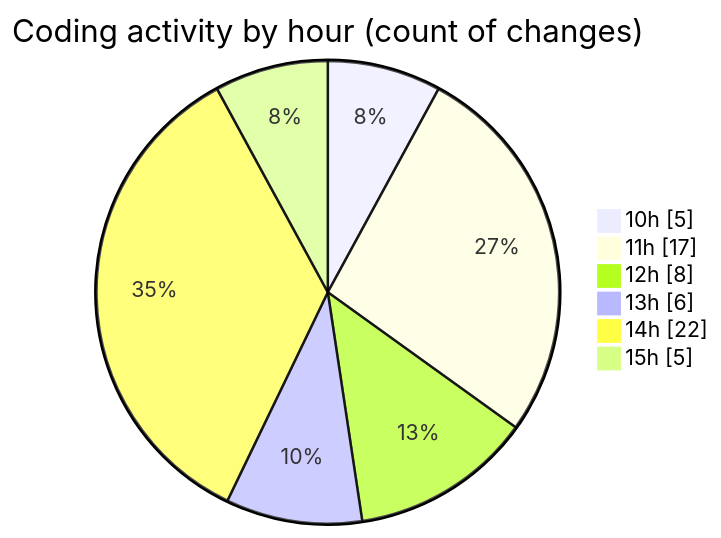
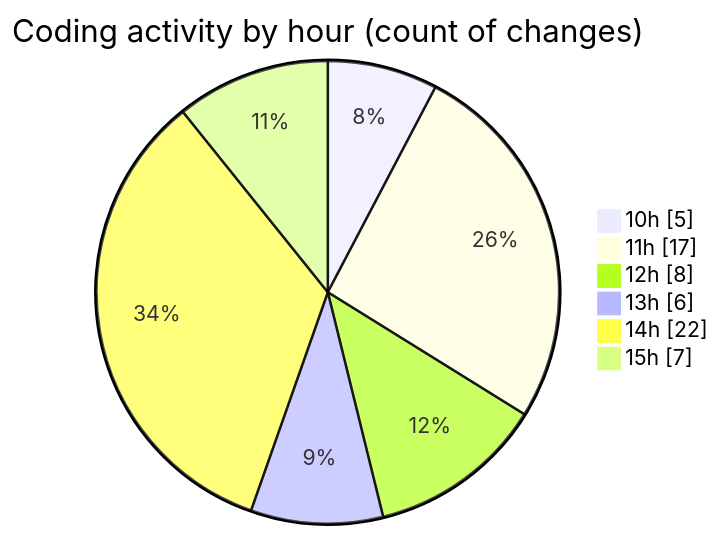
One commit to CELIANVF/code-tracking changed the second of 2 diagrams in 2025-05-05/ecodeli/README.md. Above: the diagram before and after it, drawn with Mermaid. The commit also changed other lines of this file and 1 other file, not shown here.

````diff
--- a/2025-05-05/ecodeli/README.md
+++ b/2025-05-05/ecodeli/README.md
@@ -57,10 +58,10 @@
 ```mermaid
 pie showData
 title Coding activity by hour (count of changes)
 "10h" : 5
 "11h" : 17
 "12h" : 8
 "13h" : 6
 "14h" : 22
-"15h" : 5
+"15h" : 7
 ```
````
